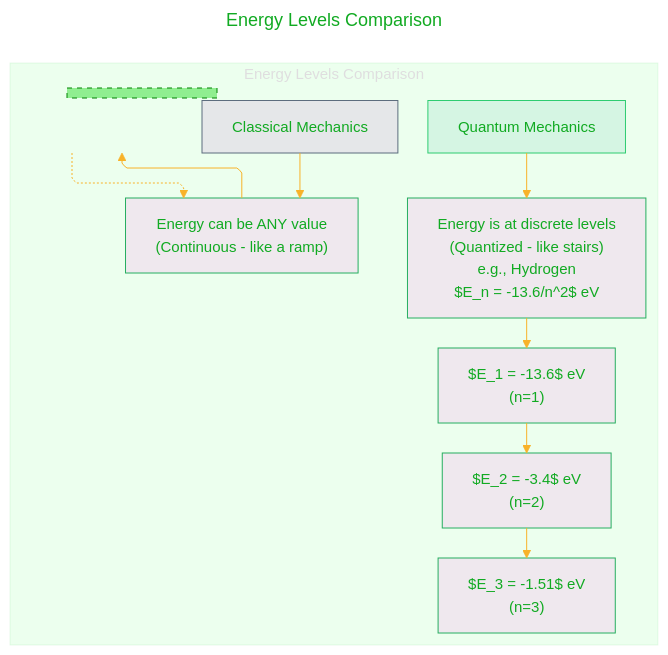
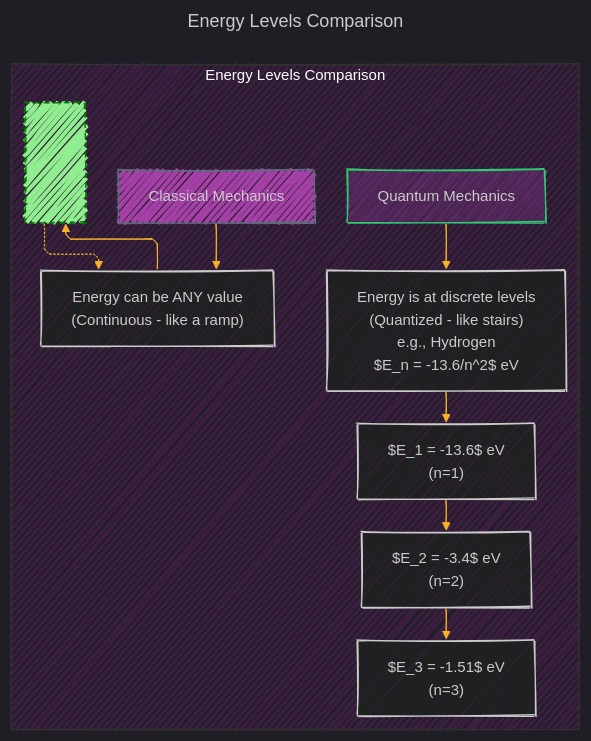
One commit to CongLeSolutionX/Harmonic_Atomica changed the third of 7 diagrams in Quantum_Mechanics/Quantum_Mechanics.md. Above: the diagram before and after it, drawn with Mermaid.

````diff
--- a/Quantum_Mechanics/Quantum_Mechanics.md
+++ b/Quantum_Mechanics/Quantum_Mechanics.md
@@ -207,58 +207,59 @@
 ```mermaid
 ---
 title: "Energy Levels Comparison"
 author: "Cong Le"
 version: "1.0"
 license(s): "MIT, CC BY-SA 4.0"
 copyright: "Copyright (c) 2025 Cong Le. All Rights Reserved."
 config:
   layout: elk
-  theme: base
+  look: handDrawn
+  theme: dark
 ---
 %%%%%%%% Mermaid version v11.4.1-b.14
 %%%%%%%% Available curve styles include the following keywords:
 %% basis, bumpX, bumpY, cardinal, catmullRom, linear, monotoneX, monotoneY, natural, step, stepAfter, stepBefore.
 %%{
   init: {
     'securityLevel': 'loose',
     'flowchart': { 'htmlLabels': true, 'curve': 'linear' },
     'fontFamily': 'Comic Sans MS, cursive, sans-serif',
     'themeVariables': {
       'primaryColor': '#F5E2',
       'primaryTextColor': '#1A2',
       'lineColor': '#F8B229',
       'primaryBorderColor': '#27AE60',
       'secondaryColor': '#EBDEF0',
       'secondaryTextColor': '#6C3483',
       'secondaryBorderColor': '#A569BD',
       'fontSize': '15px'
     }
   }
 }%%
 flowchart TD
 
 subgraph Comparison["Energy Levels Comparison"]
-
+style Comparison fill:#F2F2,stroke:#333,stroke-width:1px, color: #FFFF
 C["Classical Mechanics"] --> C1["Energy can be ANY value <br/> (Continuous - like a ramp)"]
 
 C1 --> C2["<br> <br> <br> <br>"]
 
 C2 -.-> C1
 
 style C2 height:10px,width:150px,fill:lightgreen,stroke:green,stroke-dasharray: 5 5
 
 Q["Quantum Mechanics"] --> Q1["Energy is at discrete levels <br/> (Quantized - like stairs) <br/> e.g., Hydrogen<br/>$E_n = -13.6/n^2$ eV"]
 
 Q1 --> E_nIs1["$E_1 = -13.6$ eV <br/>(n=1)"]
 
 E_nIs1 --> E_nIs2["$E_2 = -3.4$ eV <br/>(n=2)"]
 
 E_nIs2 --> E_nIs3["$E_3 = -1.51$ eV <br/>(n=3)"]
 
 end
 
-style C fill:#E5E7E9,stroke:#5D6D7E
+style C fill:#E5E9,stroke:#5D6D7E
 
-style Q fill:#D5F5E3,stroke:#2ECC71
+style Q fill:#D5E3,stroke:#2ECC71
 
 ```
````
